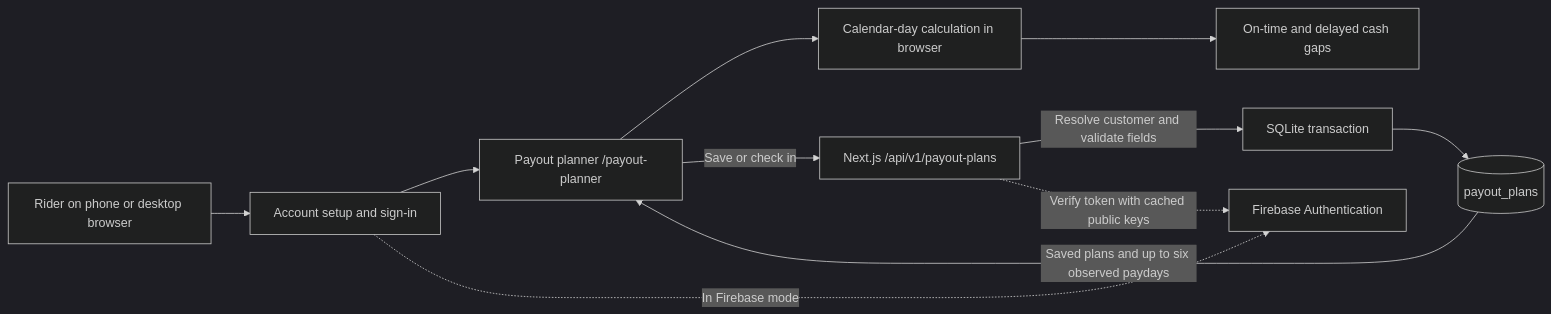
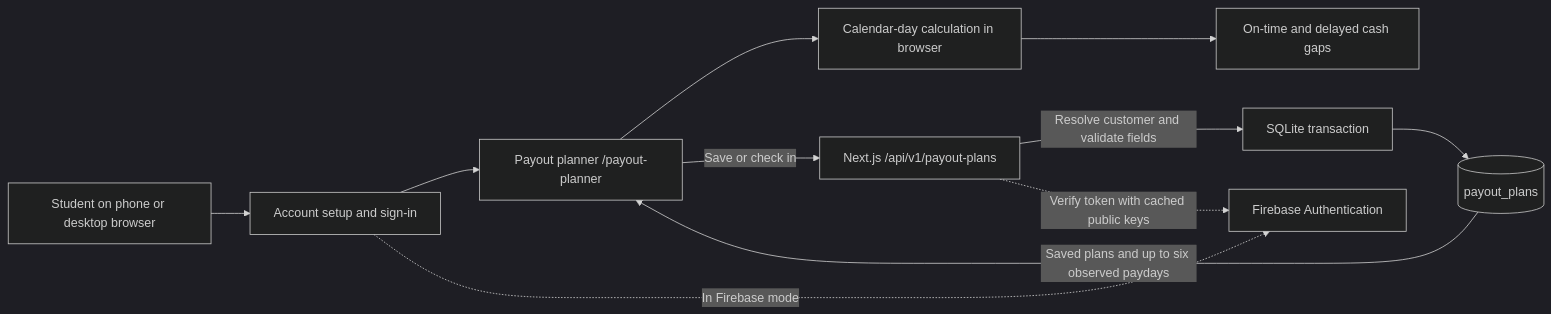
Before and after one commit to katabathunilohith/VaultWise: the diagram in docs/features/payout-planner.md, drawn with Mermaid (dark theme). The commit also changed other lines of this file and 31 other files, not shown here.

````diff
--- a/docs/features/payout-planner.md
+++ b/docs/features/payout-planner.md
@@ -7,13 +7,13 @@
 ```mermaid
 flowchart LR
-  Rider["Rider on phone or desktop browser"] --> Setup["Account setup and sign-in"]
+  Student["Student on phone or desktop browser"] --> Setup["Account setup and sign-in"]
   Setup --> Editor["Payout planner /payout-planner"]
   Editor --> Math["Calendar-day calculation in browser"]
   Math --> Result["On-time and delayed cash gaps"]
   Editor -->|"Save or check in"| API["Next.js /api/v1/payout-plans"]
   API -->|"Resolve customer and validate fields"| Store["SQLite transaction"]
   Store --> DB[("payout_plans")]
   DB -->|"Saved plans and up to six observed paydays"| Editor
   Setup -.->|"In Firebase mode"| Firebase["Firebase Authentication"]
   API -.->|"Verify token with cached public keys"| Firebase
 ```
````
